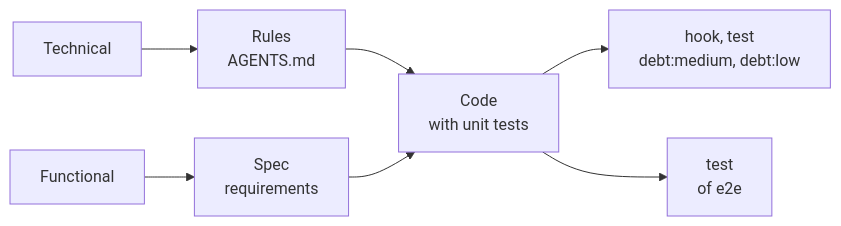
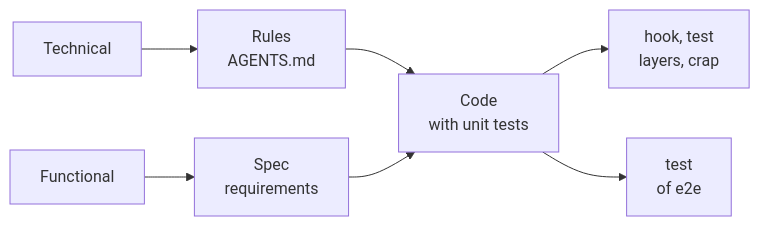
The diagram in docs/engineering/README.md (AIDDbot/AIDDbot), drawn with Mermaid before and after one commit. The commit also changed other lines of this file and 8 other files, not shown here.

Commit message:
docs: debt slots named layers and crap (Halloween D37)

````diff
--- a/docs/engineering/README.md
+++ b/docs/engineering/README.md
@@ -15,9 +15,9 @@
 ```mermaid
 flowchart LR
     TECH[Technical] --> rules[Rules<br/>AGENTS.md]
     FUNC[Functional] --> spec[Spec<br/>requirements]
     rules --> CODE[Code<br/>with unit tests]
     spec --> CODE
-    CODE --> techCheck[hook, test<br/>debt:medium, debt:low]
+    CODE --> techCheck[hook, test<br/>layers, crap]
     CODE --> specCheck[test<br/>of e2e]
 ```
````
